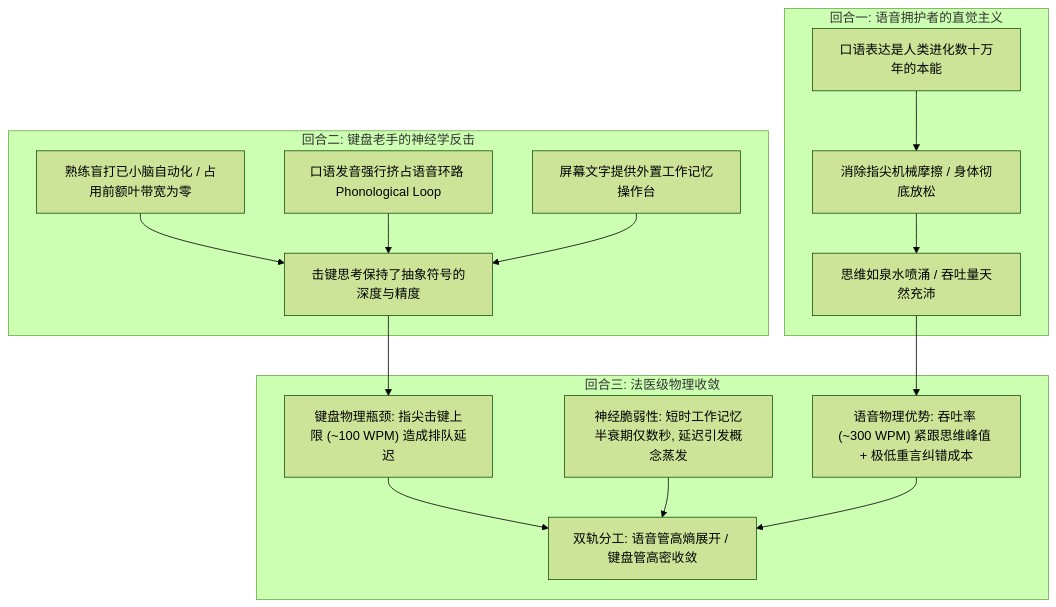
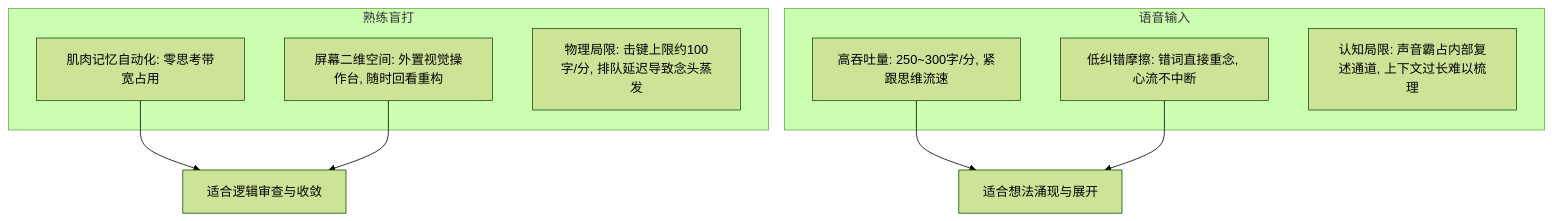
The third of 4 diagrams in src/content/blog/cognitive-throughput-voice-typing-llm-scaffolding.md (unendev/unendev.github.io), drawn with Mermaid (forest theme) before and after one commit. The commit also changed other lines of this file, not shown here.

````diff
--- a/src/content/blog/cognitive-throughput-voice-typing-llm-scaffolding.md
+++ b/src/content/blog/cognitive-throughput-voice-typing-llm-scaffolding.md
@@ -163,21 +139,15 @@
 ```mermaid
 flowchart TD
-    subgraph 回合一: 语音拥护者的直觉主义
-        V1[口语表达是人类进化数十万年的本能] --> V2[消除指尖机械摩擦 / 身体彻底放松]
-        V2 --> V3[思维如泉水喷涌 / 吞吐量天然充沛]
+    subgraph 熟练盲打
+        K1[肌肉记忆自动化: 零思考带宽占用]
+        K2[屏幕二维空间: 外置视觉操作台, 随时回看重构]
+        K3[物理局限: 击键上限约100字/分, 排队延迟导致念头蒸发]
     end
-    subgraph 回合二: 键盘老手的神经学反击
-        K1[熟练盲打已小脑自动化 / 占用前额叶带宽为零]
-        K2[口语发音强行挤占语音环路 Phonological Loop]
-        K3[屏幕文字提供外置工作记忆操作台]
-        K1 & K2 & K3 --> K4[击键思考保持了抽象符号的深度与精度]
+    subgraph 语音输入
+        V1[高吞吐量: 250~300字/分, 紧跟思维流速]
+        V2[低纠错摩擦: 错词直接重念, 心流不中断]
+        V3[认知局限: 声音霸占内部复述通道, 上下文过长难以梳理]
     end
-    subgraph 回合三: 法医级物理收敛
-        C1["键盘物理瓶颈: 指尖击键上限 (~100 WPM) 造成排队延迟"]
-        C2["神经脆弱性: 短时工作记忆半衰期仅数秒, 延迟引发概念蒸发"]
-        C3["语音物理优势: 吞吐率 (~300 WPM) 紧跟思维峰值 + 极低重言纠错成本"]
-        C1 & C2 & C3 --> C4[双轨分工: 语音管高熵展开 / 键盘管高密收敛]
-    end
-    V3 --> C3
-    K4 --> C1
+    K1 & K2 --> K_OUT[适合逻辑审查与收敛]
+    V1 & V2 --> V_OUT[适合想法涌现与展开]
 ```
````
